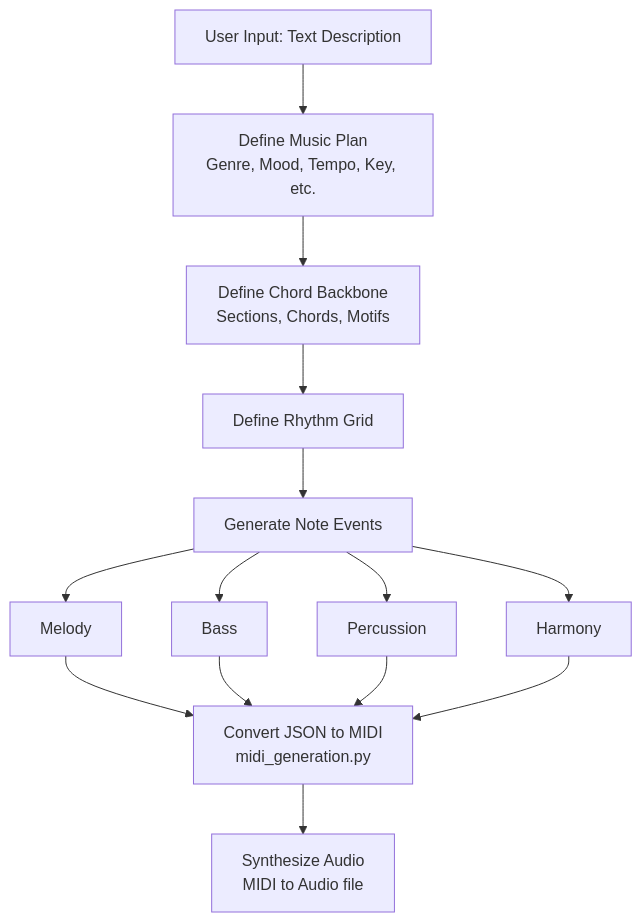
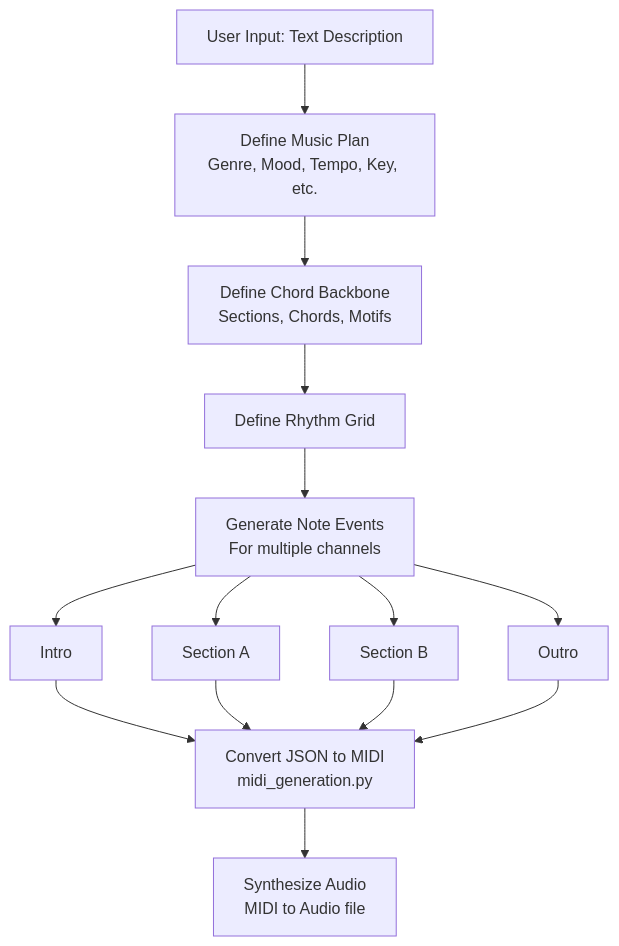
Before and after one commit to monitus2022/AnyLLM2Music-backend: the diagram in README.md, drawn with Mermaid. The commit also changed 3 other files, not shown here.

````diff
--- a/README.md
+++ b/README.md
@@ -9,16 +9,16 @@
 ```mermaid
 graph TD;
     A[User Input: Text Description] --> B[Define Music Plan<br/>Genre, Mood, Tempo, Key, etc.];
     B --> C[Define Chord Backbone<br/>Sections, Chords, Motifs];
     C --> D[Define Rhythm Grid];
-    D --> E[Generate Note Events];
-    E --> E1[Melody];
-    E --> E2[Bass];
-    E --> E3[Percussion];
-    E --> E4[Harmony];
+    D --> E[Generate Note Events<br/>For multiple channels];
+    E --> E1[Intro];
+    E --> E2[Section A];
+    E --> E3[Section B];
+    E --> E4[Outro];
     E1 --> F[Convert JSON to MIDI<br/>midi_generation.py];
     E2 --> F;
     E3 --> F;
     E4 --> F;
     F --> G[Synthesize Audio<br/>MIDI to Audio file];
 ```
````
